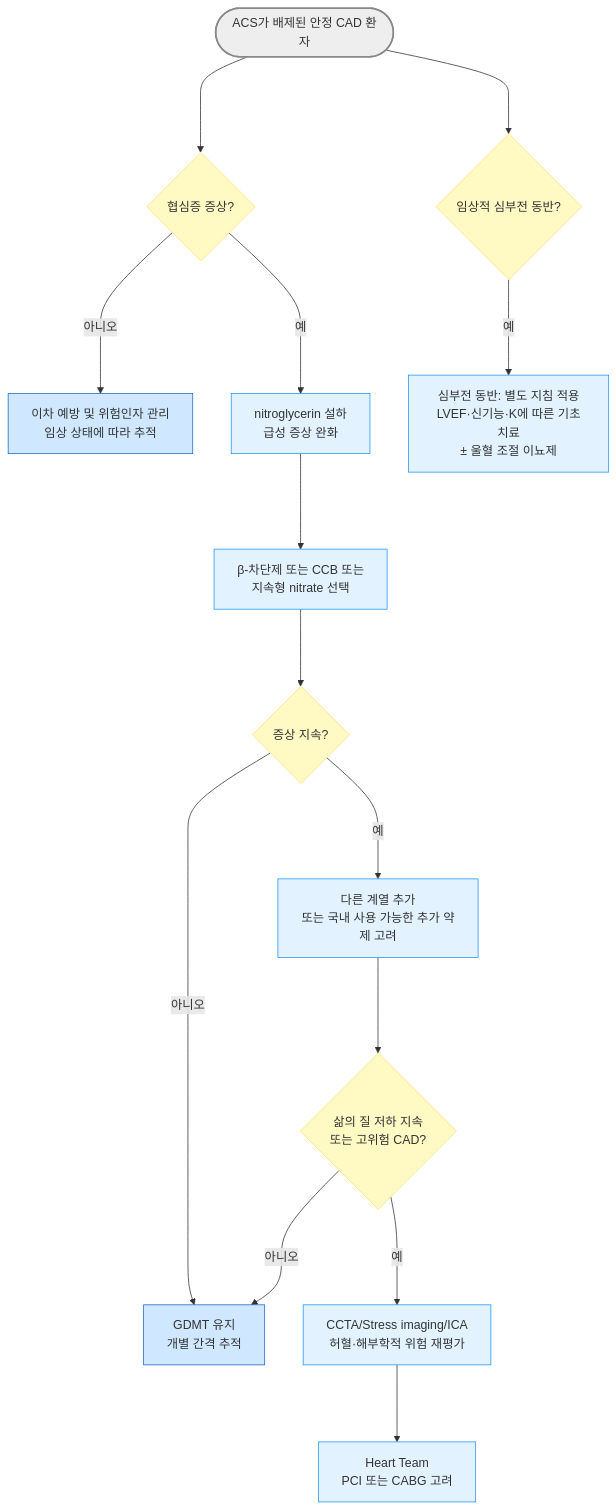
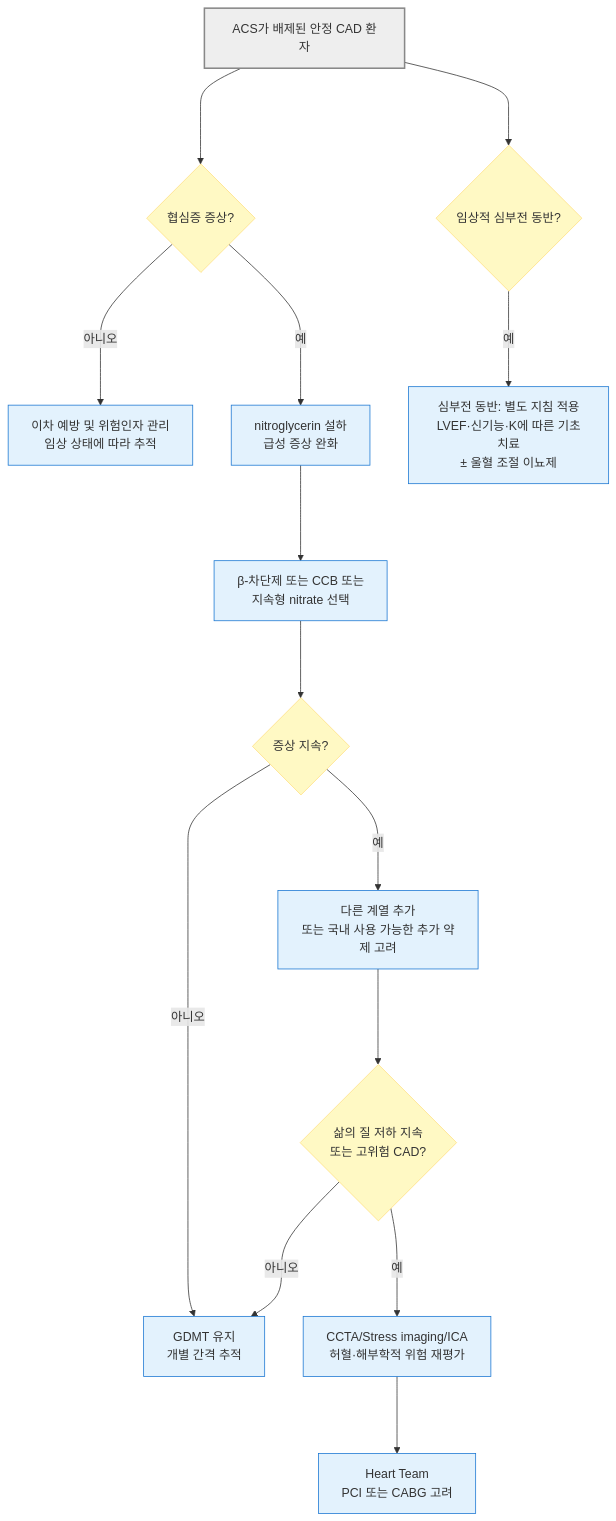
The third of 3 diagrams in 225_/097_-angina-pectoris.md (familyoh77/familyoh77), drawn with Mermaid before and after one commit. The commit also changed other lines of this file and 5 other files, not shown here.

````diff
--- a/225_/097_-angina-pectoris.md
+++ b/225_/097_-angina-pectoris.md
@@ -666,24 +678,32 @@
 ```mermaid
-graph TD
-    A([ACS가 배제된 안정 CAD 환자]) ---> B{협심증 증상?}
-    B -- 아니오 ---> C[이차 예방 및 위험인자 관리<br/>임상 상태에 따라 추적]
-    B -- 예 ---> D[nitroglycerin 설하<br/>급성 증상 완화]
-    D ---> E[β-차단제 또는 CCB 또는<br/>지속형 nitrate 선택]
-    E ---> F{증상 지속?}
-    F -- 아니오 ---> G[GDMT 유지<br/>개별 간격 추적]
-    F -- 예 ---> H[다른 계열 추가<br/>또는 국내 사용 가능한 추가 약제 고려]
-    H ---> I{삶의 질 저하 지속<br/>또는 고위험 CAD?}
+flowchart TD
+    A["ACS가 배제된 안정 CAD 환자"] ---> B{"협심증 증상?"}
+    B -- 아니오 ---> C["이차 예방 및 위험인자 관리
+임상 상태에 따라 추적"]
+    B -- 예 ---> D["nitroglycerin 설하
+급성 증상 완화"]
+    D ---> E["β-차단제 또는 CCB 또는
+지속형 nitrate 선택"]
+    E ---> F{"증상 지속?"}
+    F -- 아니오 ---> G["GDMT 유지
+개별 간격 추적"]
+    F -- 예 ---> H["다른 계열 추가
+또는 국내 사용 가능한 추가 약제 고려"]
+    H ---> I{"삶의 질 저하 지속
+또는 고위험 CAD?"}
     I -- 아니오 ---> G
-    I -- 예 ---> J[CCTA/Stress imaging/ICA<br/>허혈·해부학적 위험 재평가]
-    J ---> K[Heart Team<br/>PCI 또는 CABG 고려]
-    A ---> L{임상적 심부전 동반?}
-    L -- 예 ---> M[심부전 동반: 별도 지침 적용<br/>LVEF·신기능·K에 따른 기초치료<br/>± 울혈 조절 이뇨제]
-
-style A fill:#eeeeee,stroke:#888888,stroke-width:2px
-classDef yellow fill:#fff9c4,stroke:#ffe082
-class B,F,I,L yellow
-classDef sky fill:#e3f2ff,stroke:#2196f3
-class D,E,H,J,K,M sky
-classDef blue fill:#d0e8ff,stroke:#1a6abf
-class C,G blue
+    I -- 예 ---> J["CCTA/Stress imaging/ICA
+허혈·해부학적 위험 재평가"]
+    J ---> K["Heart Team
+PCI 또는 CABG 고려"]
+    A ---> L{"임상적 심부전 동반?"}
+    L -- 예 ---> M["심부전 동반: 별도 지침 적용
+LVEF·신기능·K에 따른 기초치료
+± 울혈 조절 이뇨제"]
+    classDef question fill:#fff9c4,stroke:#ffe082
+    classDef treatment fill:#e3f2fd,stroke:#1976d2
+    classDef emergency fill:#ffdddd,stroke:#d32f2f,stroke-width:2px
+    class B,F,I,L question
+    class C,D,E,G,H,J,K,M treatment
+    style A fill:#eeeeee,stroke:#888888,stroke-width:2px
 ```
````
